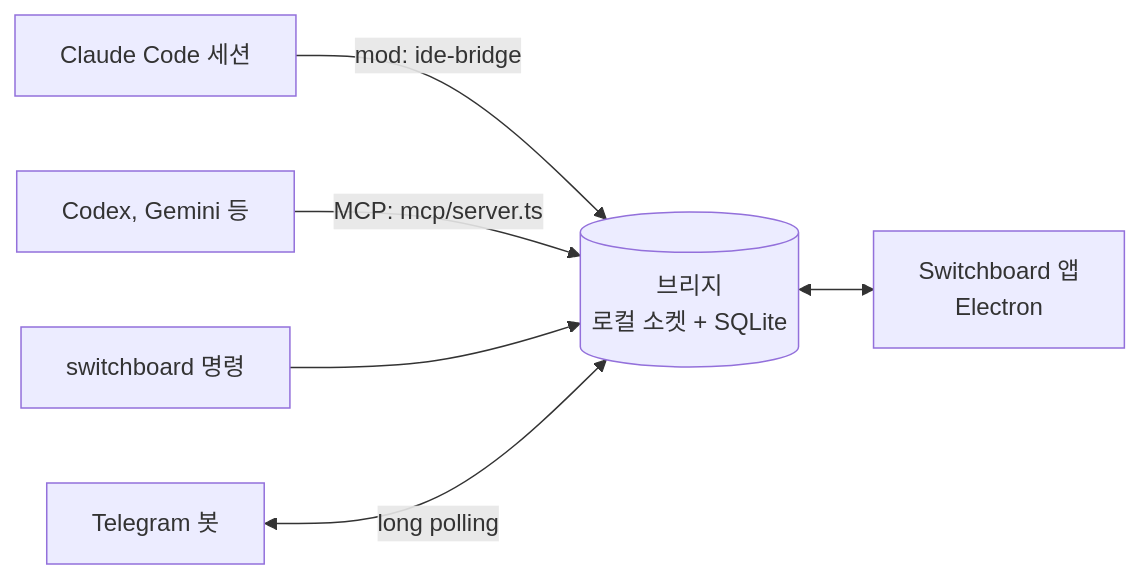
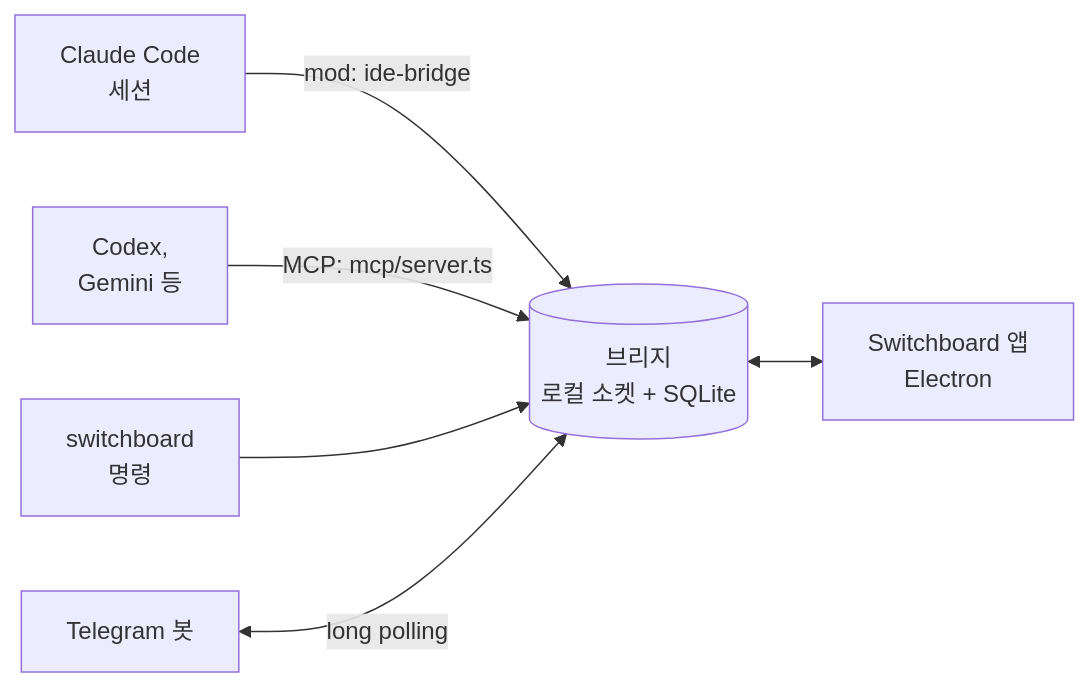
Before and after one commit to choco5958/switchboard: the diagram in README.md, drawn with Mermaid. The commit also changed other lines of this file and 3 other files, not shown here.

````diff
--- a/README.md
+++ b/README.md
@@ -127,8 +127,8 @@
 ```mermaid
 flowchart LR
-  cc["Claude Code 세션"] -- "mod: ide-bridge" --> bridge
-  cli["Codex, Gemini 등"] -- "MCP: mcp/server.ts" --> bridge
-  cmd["switchboard 명령"] --> bridge
+  cc["Claude Code<br/>세션"] -- "mod: ide-bridge" --> bridge
+  cli["Codex,<br/>Gemini 등"] -- "MCP: mcp/server.ts" --> bridge
+  cmd["switchboard<br/>명령"] --> bridge
   tg["Telegram 봇"] <-->|"long polling"| bridge
   bridge[("브리지<br/>로컬 소켓 + SQLite")] <--> app["Switchboard 앱<br/>Electron"]
 ```
````
